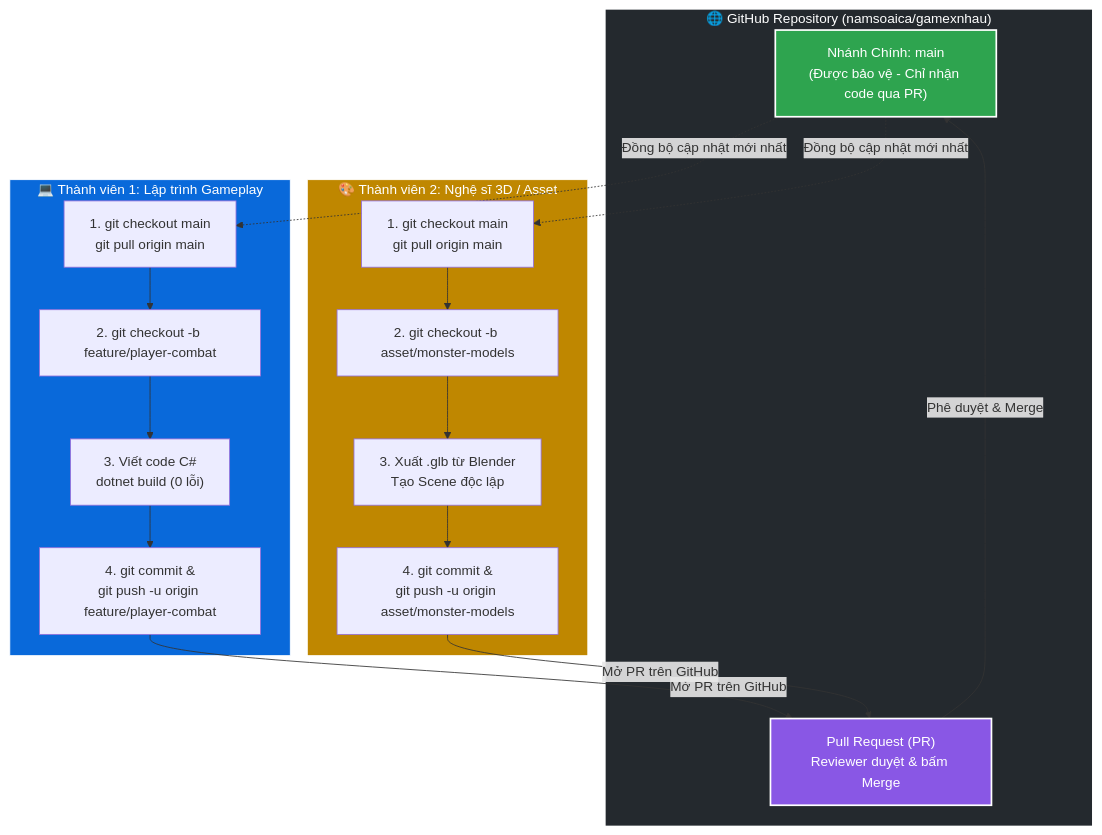
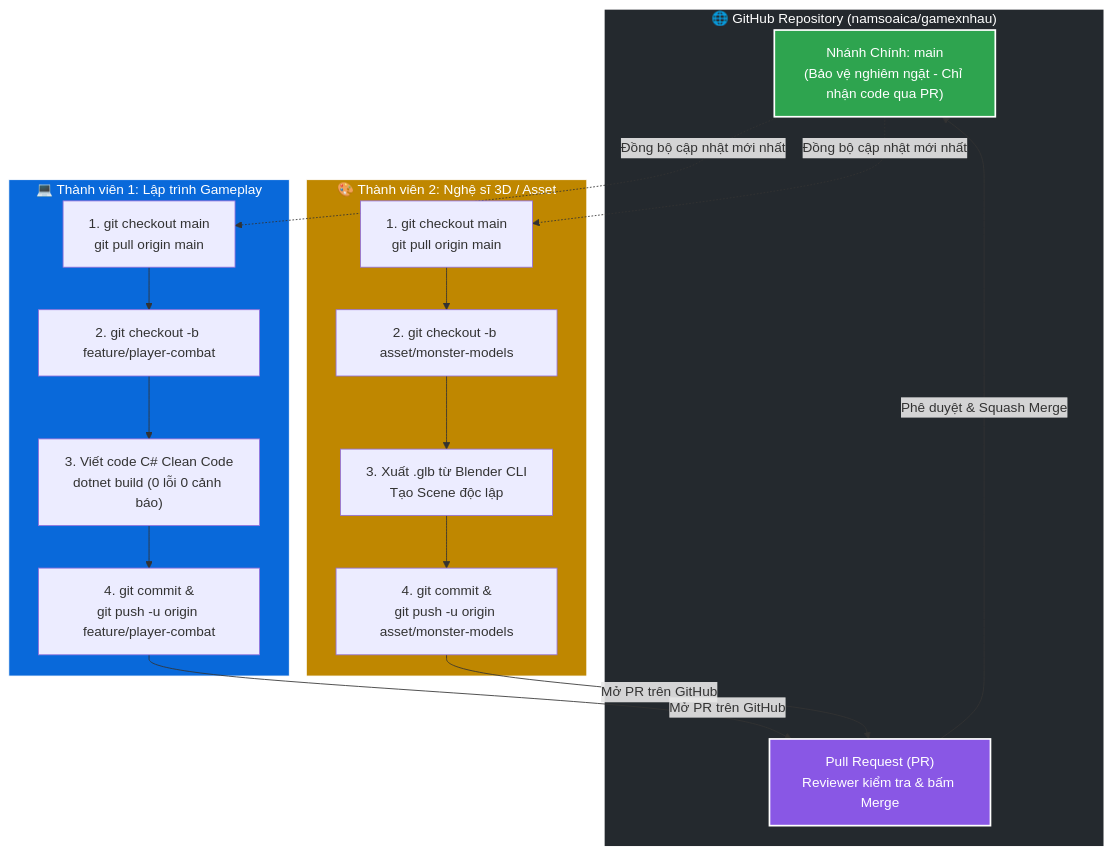
The second of 3 diagrams in README.md (namsoaica/gamexnhau), drawn with Mermaid before and after one commit. The commit also changed other lines of this file and 31 other files, not shown here.

````diff
--- a/README.md
+++ b/README.md
@@ -148,31 +249,31 @@
 ```mermaid
 flowchart TD
     subgraph Remote["🌐 GitHub Repository (namsoaica/gamexnhau)"]
-        MainBranch["Nhánh Chính: main<br/>(Được bảo vệ - Chỉ nhận code qua PR)"]
-        PR["Pull Request (PR)<br/>Reviewer duyệt & bấm Merge"]
+        MainBranch["Nhánh Chính: main<br/>(Bảo vệ nghiêm ngặt - Chỉ nhận code qua PR)"]
+        PR["Pull Request (PR)<br/>Reviewer kiểm tra & bấm Merge"]
     end
 
     subgraph Dev1["💻 Thành viên 1: Lập trình Gameplay"]
         D1_A["1. git checkout main<br/>git pull origin main"] --> D1_B["2. git checkout -b feature/player-combat"]
-        D1_B --> D1_C["3. Viết code C#<br/>dotnet build (0 lỗi)"]
+        D1_B --> D1_C["3. Viết code C# Clean Code<br/>dotnet build (0 lỗi 0 cảnh báo)"]
         D1_C --> D1_D["4. git commit &<br/>git push -u origin feature/player-combat"]
     end
 
     subgraph Dev2["🎨 Thành viên 2: Nghệ sĩ 3D / Asset"]
         D2_A["1. git checkout main<br/>git pull origin main"] --> D2_B["2. git checkout -b asset/monster-models"]
-        D2_B --> D2_C["3. Xuất .glb từ Blender<br/>Tạo Scene độc lập"]
+        D2_B --> D2_C["3. Xuất .glb từ Blender CLI<br/>Tạo Scene độc lập"]
         D2_C --> D2_D["4. git commit &<br/>git push -u origin asset/monster-models"]
     end
 
     D1_D -->|Mở PR trên GitHub| PR
     D2_D -->|Mở PR trên GitHub| PR
-    PR -->|Phê duyệt & Merge| MainBranch
+    PR -->|Phê duyệt & Squash Merge| MainBranch
     MainBranch -.->|Đồng bộ cập nhật mới nhất| D1_A
     MainBranch -.->|Đồng bộ cập nhật mới nhất| D2_A
 
     style Remote fill:#24292e,stroke:#fff,stroke-width:2px,color:#fff
     style MainBranch fill:#2ea44f,stroke:#fff,stroke-width:2px,color:#fff
     style PR fill:#8957e5,stroke:#fff,stroke-width:2px,color:#fff
     style Dev1 fill:#0969da,stroke:#fff,stroke-width:1px,color:#fff
     style Dev2 fill:#bf8700,stroke:#fff,stroke-width:1px,color:#fff
 ```
````
